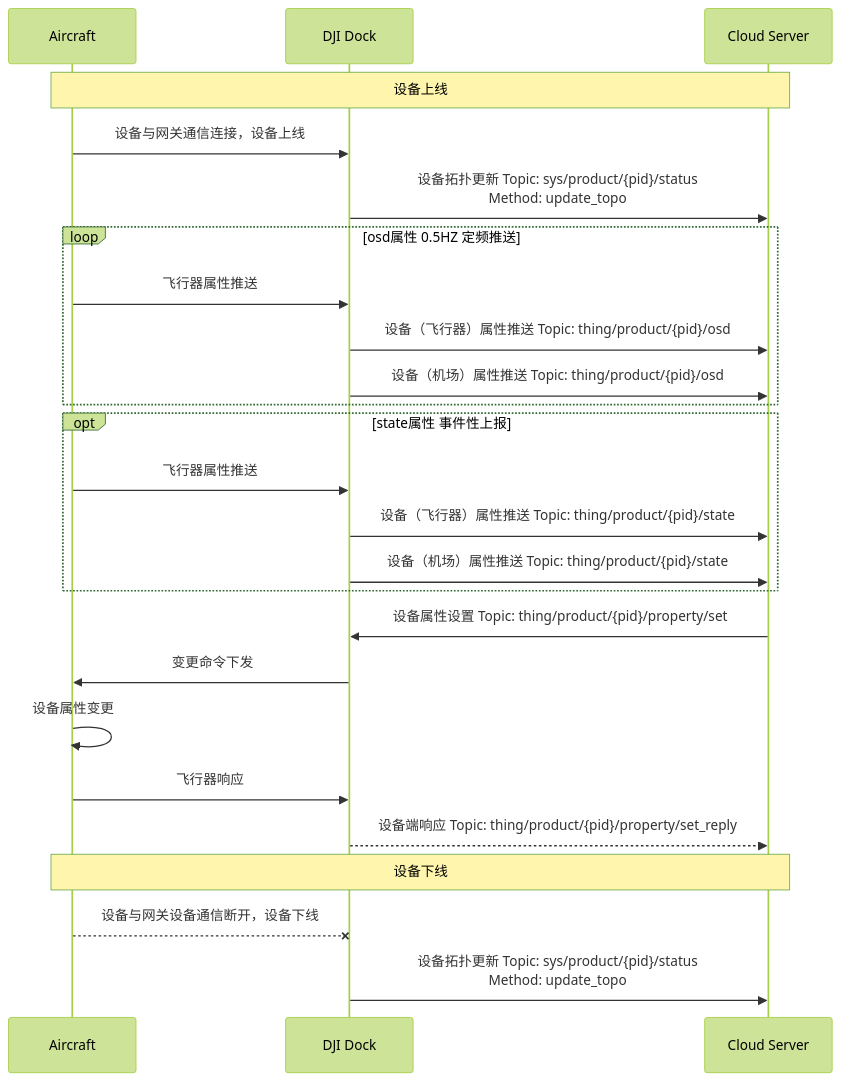
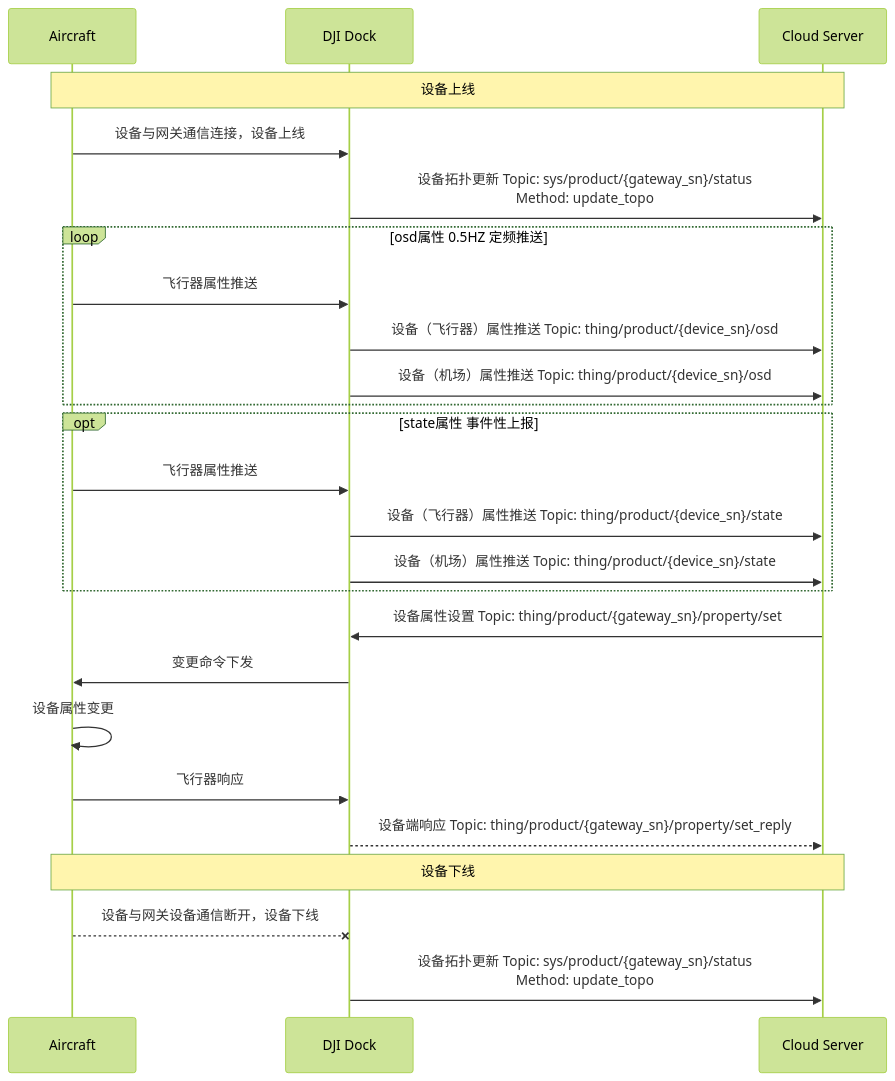
One commit to dji-sdk/Cloud-API-Doc changed the diagram in docs/cn/30.feature-set/20.dock-feature-set/20.dock-device-management.md. Above: the diagram before and after it, drawn with Mermaid (forest theme). The commit also changed 72 other files, not shown here.

````diff
--- a/docs/cn/30.feature-set/20.dock-feature-set/20.dock-device-management.md
+++ b/docs/cn/30.feature-set/20.dock-feature-set/20.dock-device-management.md
@@ -6,33 +6,33 @@
 ```mermaid
 sequenceDiagram
 participant object as Aircraft
 participant client as DJI Dock
 participant server as Cloud Server
 
 note over object,server: 设备上线
 object ->> client: 设备与网关通信连接，设备上线
-client ->> server: 设备拓扑更新 Topic: sys/product/{pid}/status<br/>Method: update_topo
+client ->> server: 设备拓扑更新 Topic: sys/product/{gateway_sn}/status<br/>Method: update_topo
 
 loop  osd属性 0.5HZ 定频推送
 object ->> client: 飞行器属性推送
-client ->> server: 设备（飞行器）属性推送 Topic: thing/product/{pid}/osd
-client ->> server: 设备（机场）属性推送 Topic: thing/product/{pid}/osd
+client ->> server: 设备（飞行器）属性推送 Topic: thing/product/{device_sn}/osd
+client ->> server: 设备（机场）属性推送 Topic: thing/product/{device_sn}/osd
 end
 
 opt state属性 事件性上报
 object ->> client: 飞行器属性推送
-client ->> server: 设备（飞行器）属性推送 Topic: thing/product/{pid}/state
-client ->> server: 设备（机场）属性推送 Topic: thing/product/{pid}/state
+client ->> server: 设备（飞行器）属性推送 Topic: thing/product/{device_sn}/state
+client ->> server: 设备（机场）属性推送 Topic: thing/product/{device_sn}/state
 end
 
-server ->> client: 设备属性设置 Topic: thing/product/{pid}/property/set
+server ->> client: 设备属性设置 Topic: thing/product/{gateway_sn}/property/set
 client ->> object: 变更命令下发
 object ->> object: 设备属性变更
 object ->> client: 飞行器响应
-client -->> server: 设备端响应 Topic: thing/product/{pid}/property/set_reply
+client -->> server: 设备端响应 Topic: thing/product/{gateway_sn}/property/set_reply
 
 note over object,server: 设备下线
 object --x client: 设备与网关设备通信断开，设备下线
-client ->> server: 设备拓扑更新 Topic: sys/product/{pid}/status<br/>Method: update_topo
+client ->> server: 设备拓扑更新 Topic: sys/product/{gateway_sn}/status<br/>Method: update_topo
 
 ```
````
